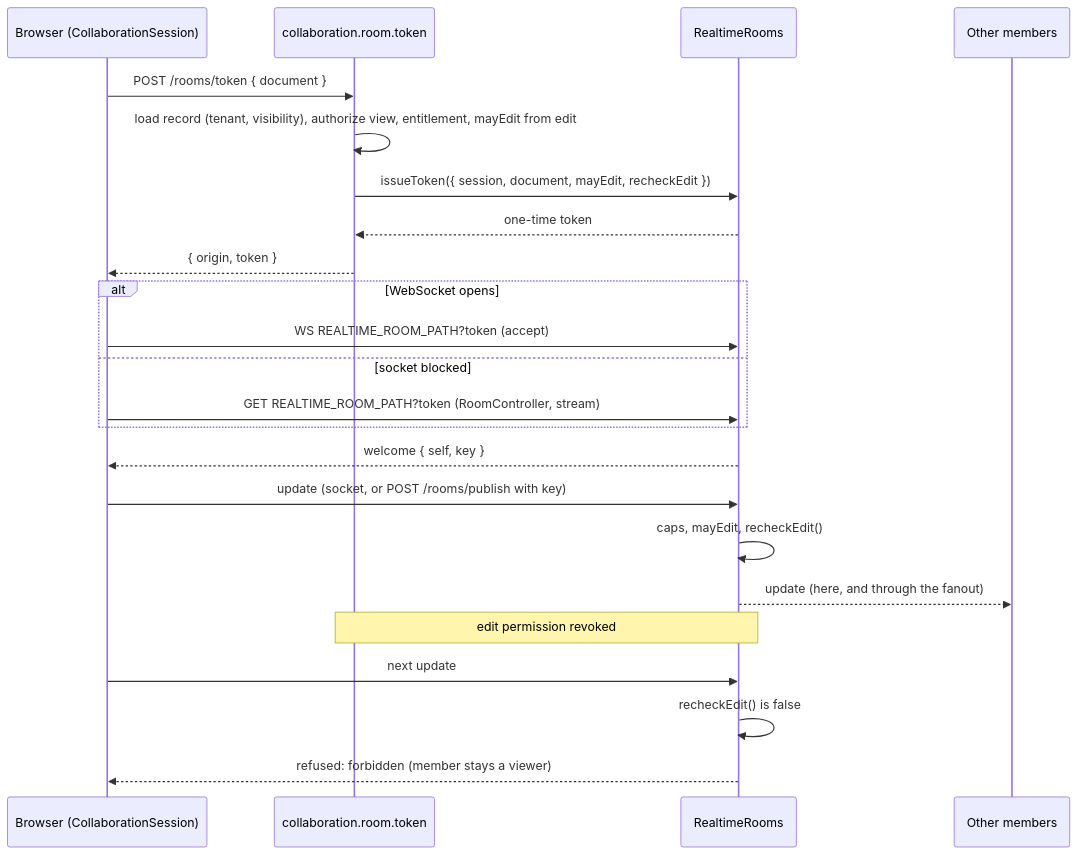
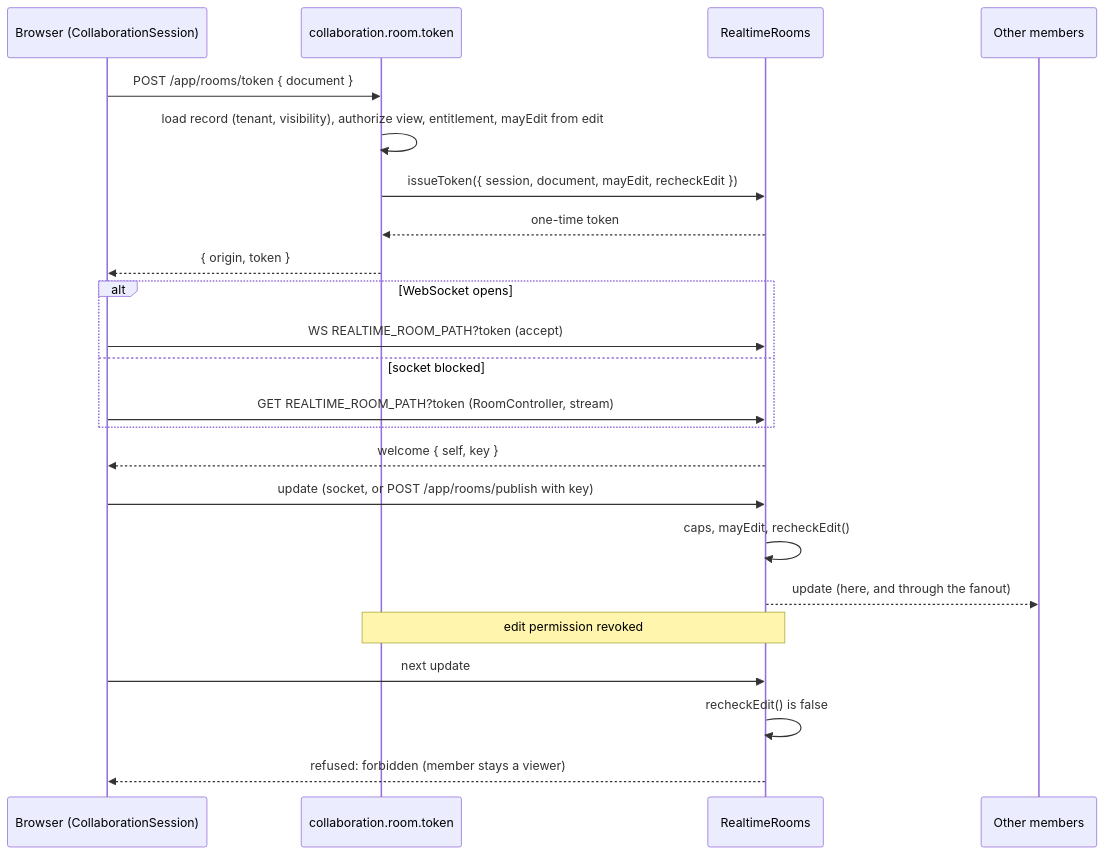
The diagram in packages/experience/collaboration/README.md (figentra/stackra), drawn with Mermaid before and after one commit. The commit also changed other lines of this file and 11 other files, not shown here.

````diff
--- a/packages/experience/collaboration/README.md
+++ b/packages/experience/collaboration/README.md
@@ -135,25 +140,25 @@
 ```mermaid
 sequenceDiagram
   participant B as Browser (CollaborationSession)
   participant T as collaboration.room.token
   participant R as RealtimeRooms
   participant P as Other members
-  B->>T: POST /rooms/token { document }
+  B->>T: POST /app/rooms/token { document }
   T->>T: load record (tenant, visibility), authorize view, entitlement, mayEdit from edit
   T->>R: issueToken({ session, document, mayEdit, recheckEdit })
   R-->>T: one-time token
   T-->>B: { origin, token }
   alt WebSocket opens
     B->>R: WS REALTIME_ROOM_PATH?token (accept)
   else socket blocked
     B->>R: GET REALTIME_ROOM_PATH?token (RoomController, stream)
   end
   R-->>B: welcome { self, key }
-  B->>R: update (socket, or POST /rooms/publish with key)
+  B->>R: update (socket, or POST /app/rooms/publish with key)
   R->>R: caps, mayEdit, recheckEdit()
   R-->>P: update (here, and through the fanout)
   Note over T,R: edit permission revoked
   B->>R: next update
   R->>R: recheckEdit() is false
   R-->>B: refused: forbidden (member stays a viewer)
 ```
````
